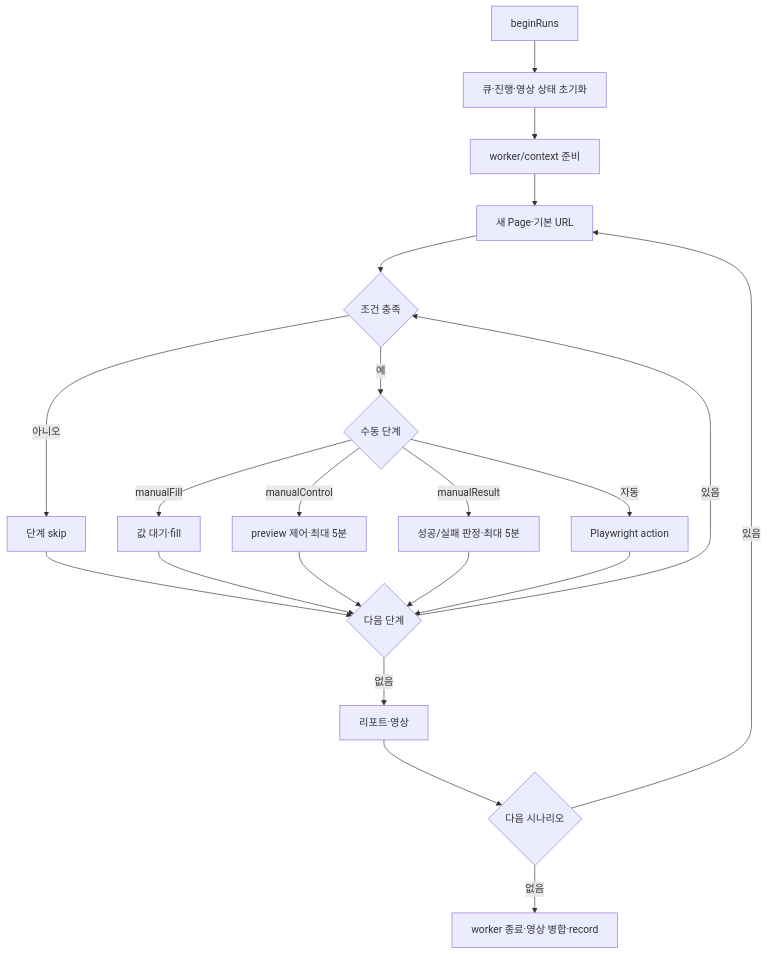
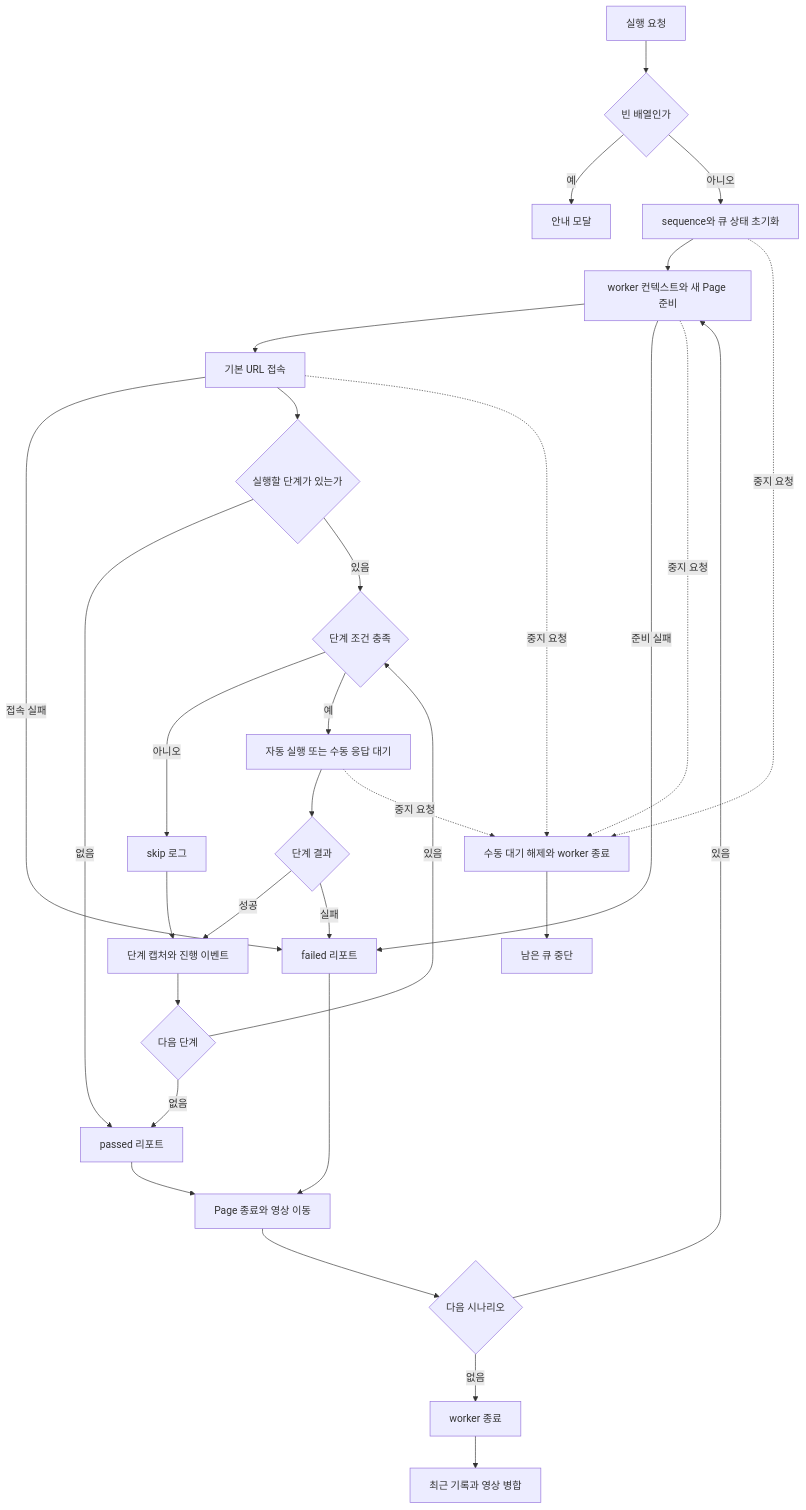
One commit to ph-1dnjs/checkly changed the diagram in docs/04-pages/040-scenario-run/02-userflow.md. Above: the diagram before and after it, drawn with Mermaid. The commit also changed other lines of this file and 34 other files, not shown here.

````diff
--- a/docs/04-pages/040-scenario-run/02-userflow.md
+++ b/docs/04-pages/040-scenario-run/02-userflow.md
@@ -3,23 +5,33 @@
 ```mermaid
 flowchart TD
-  A[beginRuns] --> B[큐·진행·영상 상태 초기화]
-  B --> C[worker/context 준비]
-  C --> D[새 Page·기본 URL]
-  D --> E{조건 충족}
-  E -->|아니오| F[단계 skip]
-  E -->|예| G{수동 단계}
-  G -->|manualFill| H[값 대기·fill]
-  G -->|manualControl| I[preview 제어·최대 5분]
-  G -->|manualResult| J[성공/실패 판정·최대 5분]
-  G -->|자동| K[Playwright action]
-  F --> L{다음 단계}
-  H --> L
-  I --> L
-  J --> L
-  K --> L
-  L -->|있음| E
-  L -->|없음| M[리포트·영상]
-  M --> N{다음 시나리오}
-  N -->|있음| D
-  N -->|없음| O[worker 종료·영상 병합·record]
+  A[실행 요청] --> B{빈 배열인가}
+  B -->|예| C[안내 모달]
+  B -->|아니오| D[sequence와 큐 상태 초기화]
+  D --> E[worker 컨텍스트와 새 Page 준비]
+  E --> F[기본 URL 접속]
+  E -->|준비 실패| K[failed 리포트]
+  F -->|접속 실패| K
+  F --> T{실행할 단계가 있는가}
+  T -->|없음| M[passed 리포트]
+  T -->|있음| G{단계 조건 충족}
+  G -->|아니오| U[skip 로그]
+  U --> H[단계 캡처와 진행 이벤트]
+  G -->|예| I[자동 실행 또는 수동 응답 대기]
+  I --> J{단계 결과}
+  J -->|성공| H
+  J -->|실패| K
+  H --> L{다음 단계}
+  L -->|있음| G
+  L -->|없음| M
+  K --> N[Page 종료와 영상 이동]
+  M --> N
+  N --> O{다음 시나리오}
+  O -->|있음| E
+  O -->|없음| P[worker 종료]
+  P --> Q[최근 기록과 영상 병합]
+  D -. 중지 요청 .-> R[수동 대기 해제와 worker 종료]
+  E -. 중지 요청 .-> R
+  F -. 중지 요청 .-> R
+  I -. 중지 요청 .-> R
+  R --> S[남은 큐 중단]
 ```
````
